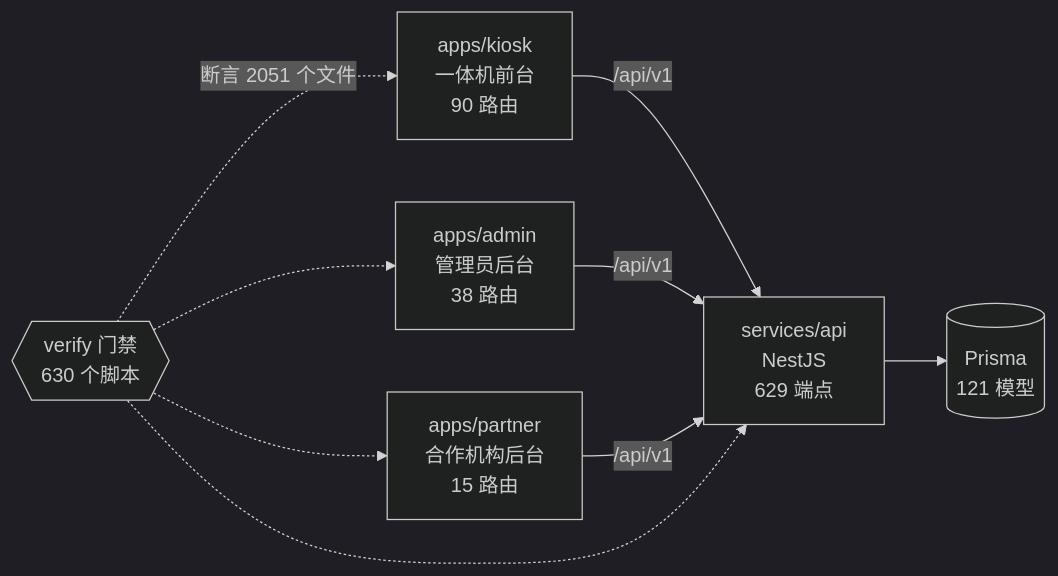
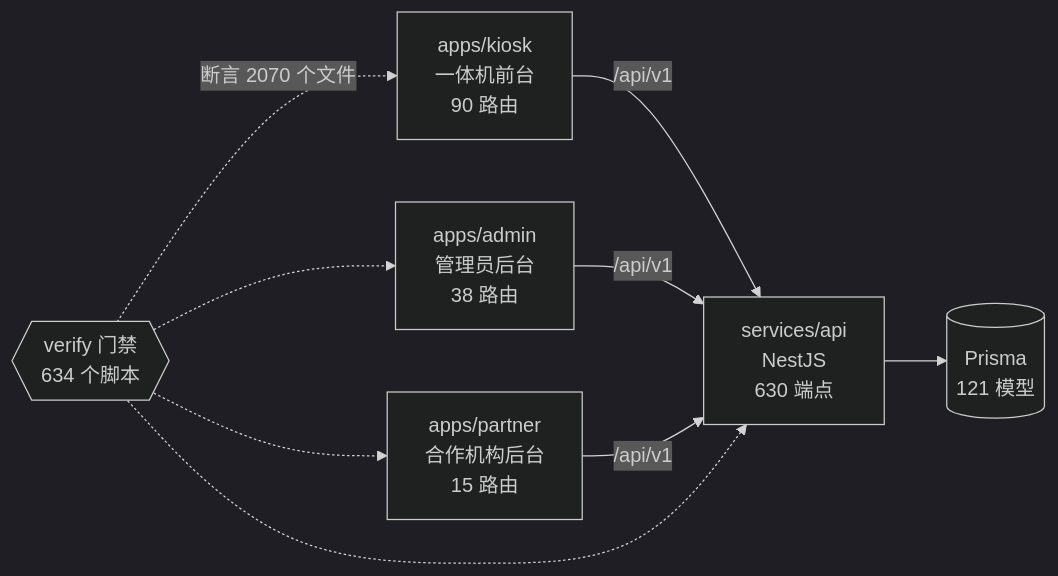
One commit to wanglei581/YITIJI changed the diagram in docs/graph/README.md. Above: the diagram before and after it, drawn with Mermaid (dark theme). The commit also changed other lines of this file and 134 other files, not shown here.

````diff
--- a/docs/graph/README.md
+++ b/docs/graph/README.md
@@ -68,18 +68,18 @@
 ```mermaid
 flowchart LR
   kiosk["apps/kiosk<br/>一体机前台<br/>90 路由"]
   admin["apps/admin<br/>管理员后台<br/>38 路由"]
   partner["apps/partner<br/>合作机构后台<br/>15 路由"]
-  api["services/api<br/>NestJS<br/>629 端点"]
+  api["services/api<br/>NestJS<br/>630 端点"]
   db[("Prisma<br/>121 模型")]
-  gates{{"verify 门禁<br/>630 个脚本"}}
+  gates{{"verify 门禁<br/>634 个脚本"}}
 
   kiosk -->|"/api/v1"| api
   admin -->|"/api/v1"| api
   partner -->|"/api/v1"| api
   api --> db
-  gates -.->|"断言 2051 个文件"| kiosk
+  gates -.->|"断言 2070 个文件"| kiosk
   gates -.-> admin
   gates -.-> partner
   gates -.-> api
 ```
````
